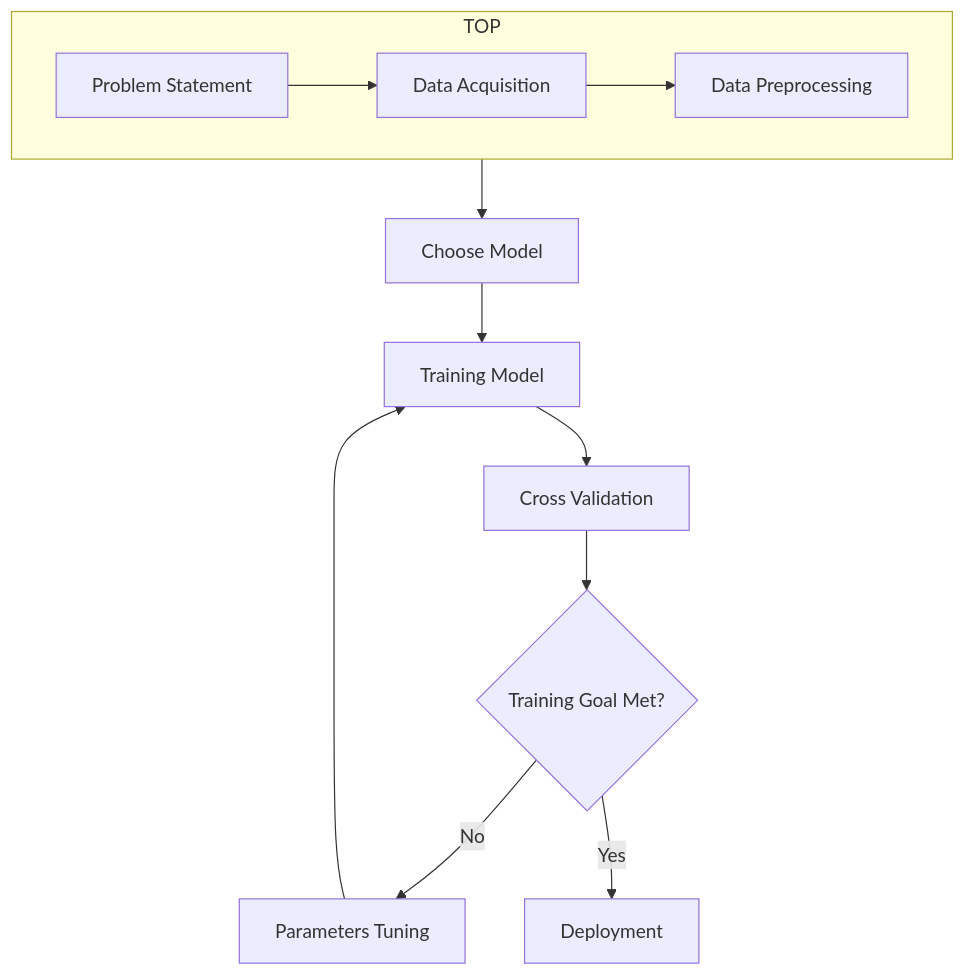
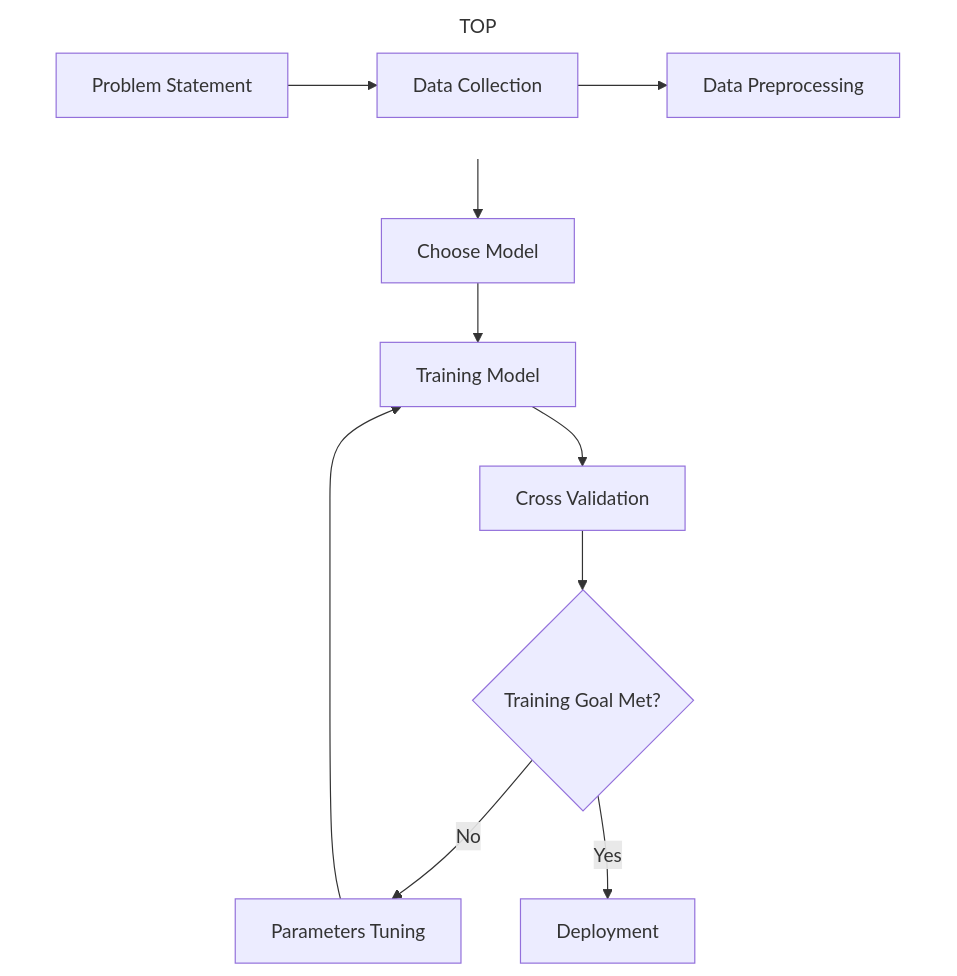
One commit to Yohansgit/Machine-Learning_Models_Projects changed the first of 3 diagrams in flowchart_test-1.md. Above: the diagram before and after it, drawn with Mermaid.

Commit message:
Update flowchart to reflect data collection changes

````diff
--- a/flowchart_test-1.md
+++ b/flowchart_test-1.md
@@ -1,18 +1,22 @@
 ```mermaid
 flowchart TD
 
-    %% Top row forced horizontal   
-    subgraph TOP     
-    direction LR 
-        A[Problem Statement] --> B[Data Acquisition] --> C[Data Preprocessing]     
-    end     
-   
-    %% Vertical Flow
-    C --> D[Choose Model]    
+    %% ========== top row forced horizontal inside a subgraph ==========
+    subgraph TOP
+    direction LR
+        A[Problem Statement] --> B[Data Collection] --> C[Data Preprocessing]
+    end
+
+    %% hide subgraph border/background so it doesn't create a yellow banner
+    style TOP fill:none,stroke:none
+
+    %% ========== vertical flow after Data Preprocessing ==========
+    C --> D[Choose Model]
     D --> E[Training Model]
     E --> F[Cross Validation]
     F --> G{Training Goal Met?}
     G -- No --> H[Parameters Tuning]
     H --> E
     G -- Yes --> I[Deployment]
+
 ```
````
